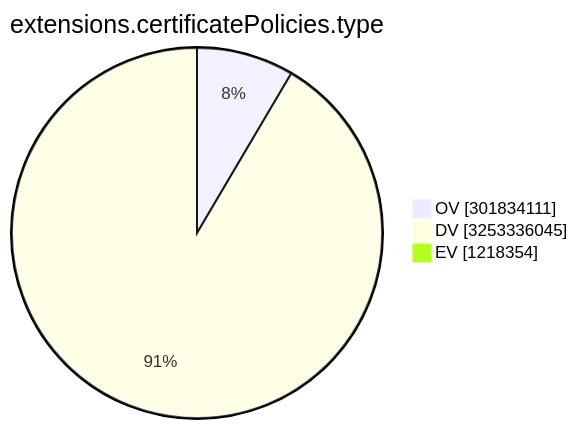
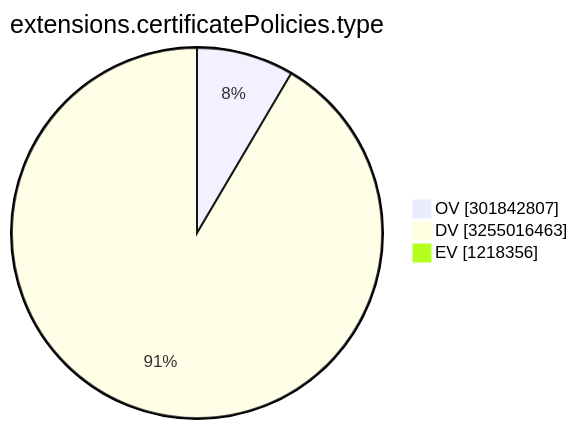
Before and after one commit to christiankrug/ctmonitor_visualization: the ninth of 15 diagrams in TOTAL/README.md, drawn with Mermaid. The commit also changed other lines of this file, not shown here.

````diff
--- a/TOTAL/README.md
+++ b/TOTAL/README.md
@@ -3107,7 +3107,7 @@
 ```mermaid
 pie showData
 title extensions.certificatePolicies.type
-"OV" :301834111
-"DV" :3253336045
-"EV" :1218354
+"OV" :301842807
+"DV" :3255016463
+"EV" :1218356
 ```
````
